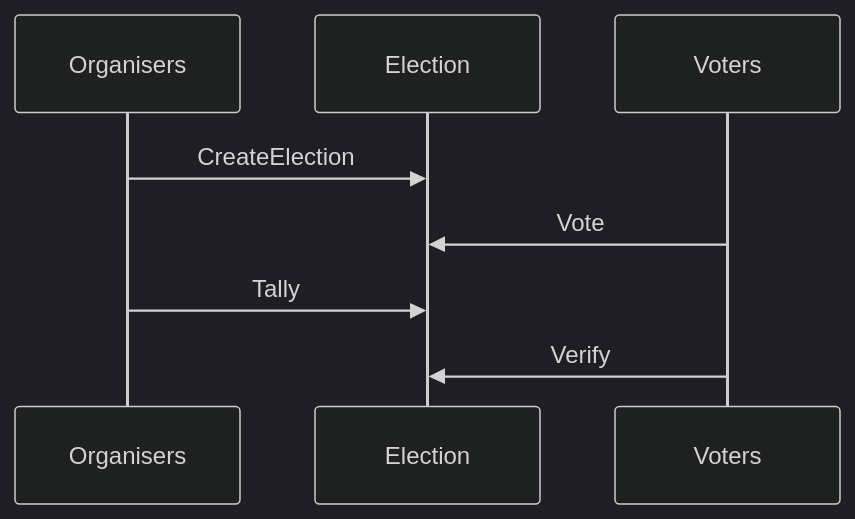
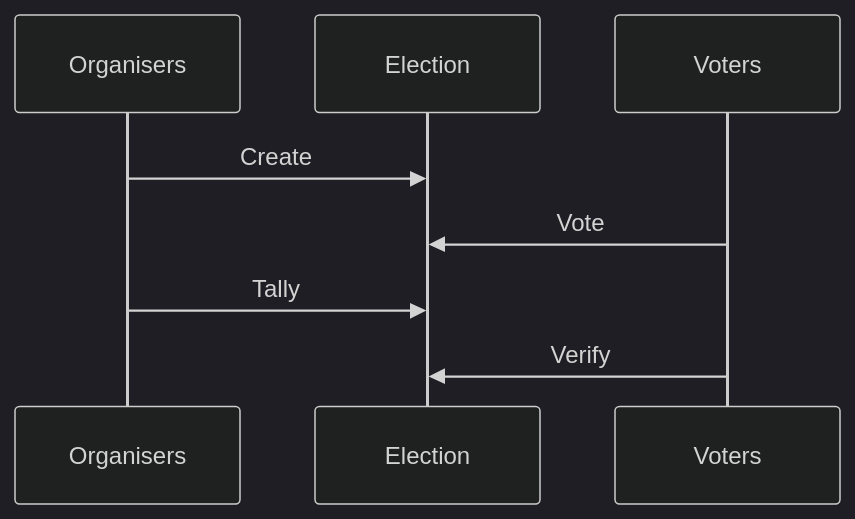
One commit to mjal/scrutin changed the diagram in README.md. Above: the diagram before and after it, drawn with Mermaid (dark theme).

Commit message:
chore: clean README diagram

````diff
--- a/README.md
+++ b/README.md
@@ -3,11 +3,11 @@
 ```mermaid
 sequenceDiagram
   participant Organisers
   participant Election
   participant Voters
 
-  Organisers->>Election: CreateElection
+  Organisers->>Election: Create
   Voters->>Election: Vote
   Organisers->>Election: Tally
 	Voters->>Election: Verify
 ```
````
